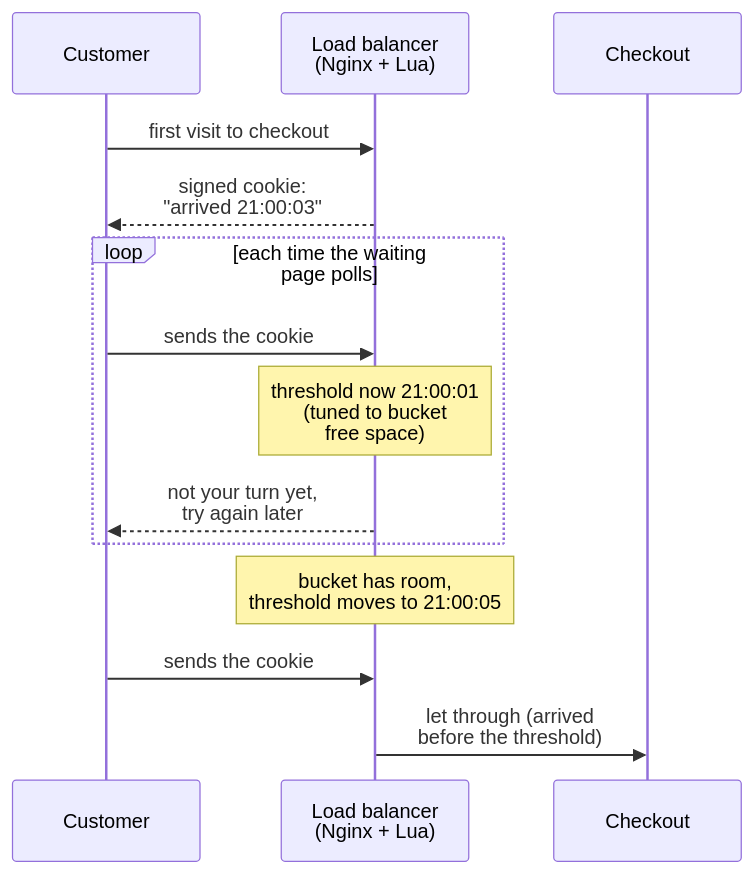
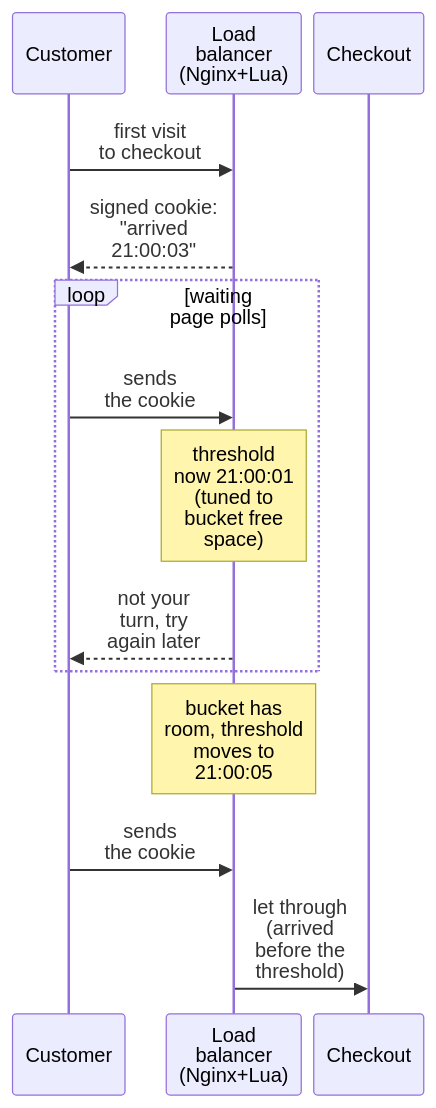
One commit to duongbui234/software-engineering-atlas changed the third of 3 diagrams in content/en/posts/2026-11-21-shopify-flash-sale.md. Above: the diagram before and after it, drawn with Mermaid. The commit also changed other lines of this file and 134 other files, not shown here.

First line of the commit message:
Fit every Mermaid diagram at 390px without sideways scroll (#56)

````diff
--- a/content/en/posts/2026-11-21-shopify-flash-sale.md
+++ b/content/en/posts/2026-11-21-shopify-flash-sale.md
@@ -104,16 +104,17 @@
 ```mermaid
+%%{init: {"sequence": {"width": 76, "actorMargin": 10}}}%%
 sequenceDiagram
     participant K as Customer
-    participant LB as Load balancer<br/>(Nginx + Lua)
+    participant LB as Load<br/>balancer<br/>(Nginx+Lua)
     participant App as Checkout
-    K->>LB: first visit to checkout
-    LB-->>K: signed cookie:<br/>"arrived 21:00:03"
-    loop each time the waiting page polls
-        K->>LB: sends the cookie
-        Note over LB: threshold now 21:00:01<br/>(tuned to bucket<br/>free space)
-        LB-->>K: not your turn yet,<br/>try again later
+    K->>LB: first visit<br/>to checkout
+    LB-->>K: signed cookie:<br/>"arrived<br/>21:00:03"
+    loop waiting page polls
+        K->>LB: sends<br/>the cookie
+        Note over LB: threshold<br/>now 21:00:01<br/>(tuned to<br/>bucket free<br/>space)
+        LB-->>K: not your<br/>turn, try<br/>again later
     end
-    Note over LB: bucket has room,<br/>threshold moves to 21:00:05
-    K->>LB: sends the cookie
-    LB->>App: let through (arrived<br/>before the threshold)
+    Note over LB: bucket has<br/>room, threshold<br/>moves to<br/>21:00:05
+    K->>LB: sends<br/>the cookie
+    LB->>App: let through<br/>(arrived<br/>before the<br/>threshold)
 ```
````
